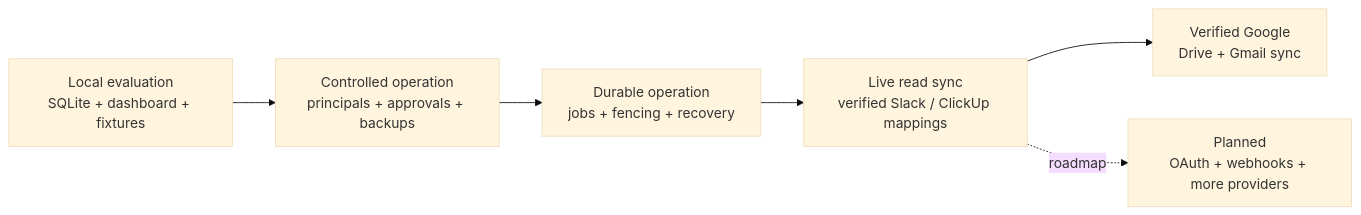
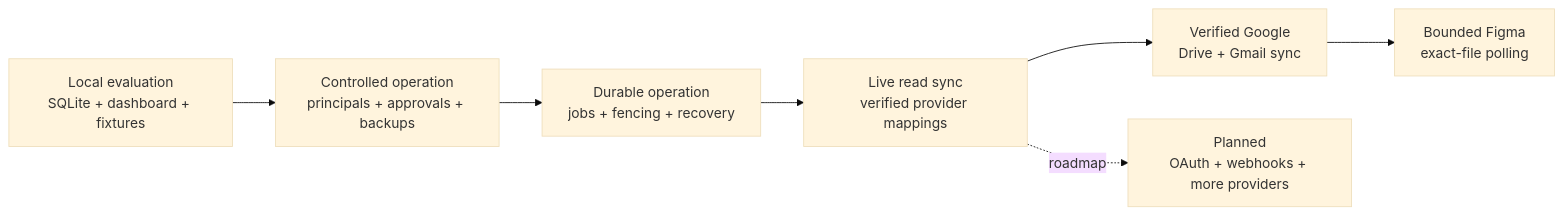
One commit to wasayijaz/Auremgrid-Company-OS changed the sixth of 6 diagrams in README.md. Above: the diagram before and after it, drawn with Mermaid (base theme). The commit also changed other lines of this file and 7 other files, not shown here.

Commit message:
feat(connectors): retain bounded Figma frame evidence

````diff
--- a/README.md
+++ b/README.md
@@ -174,8 +174,9 @@
 ```mermaid
 flowchart LR
     Local[Local evaluation<br/>SQLite + dashboard + fixtures] --> Controlled[Controlled operation<br/>principals + approvals + backups]
     Controlled --> Durable[Durable operation<br/>jobs + fencing + recovery]
-    Durable --> Live[Live read sync<br/>verified Slack / ClickUp mappings]
+    Durable --> Live[Live read sync<br/>verified provider mappings]
     Live --> Google[Verified Google<br/>Drive + Gmail sync]
+    Google --> Figma[Bounded Figma<br/>exact-file polling]
     Live -. roadmap .-> Planned[Planned<br/>OAuth + webhooks + more providers]
 ```
````
